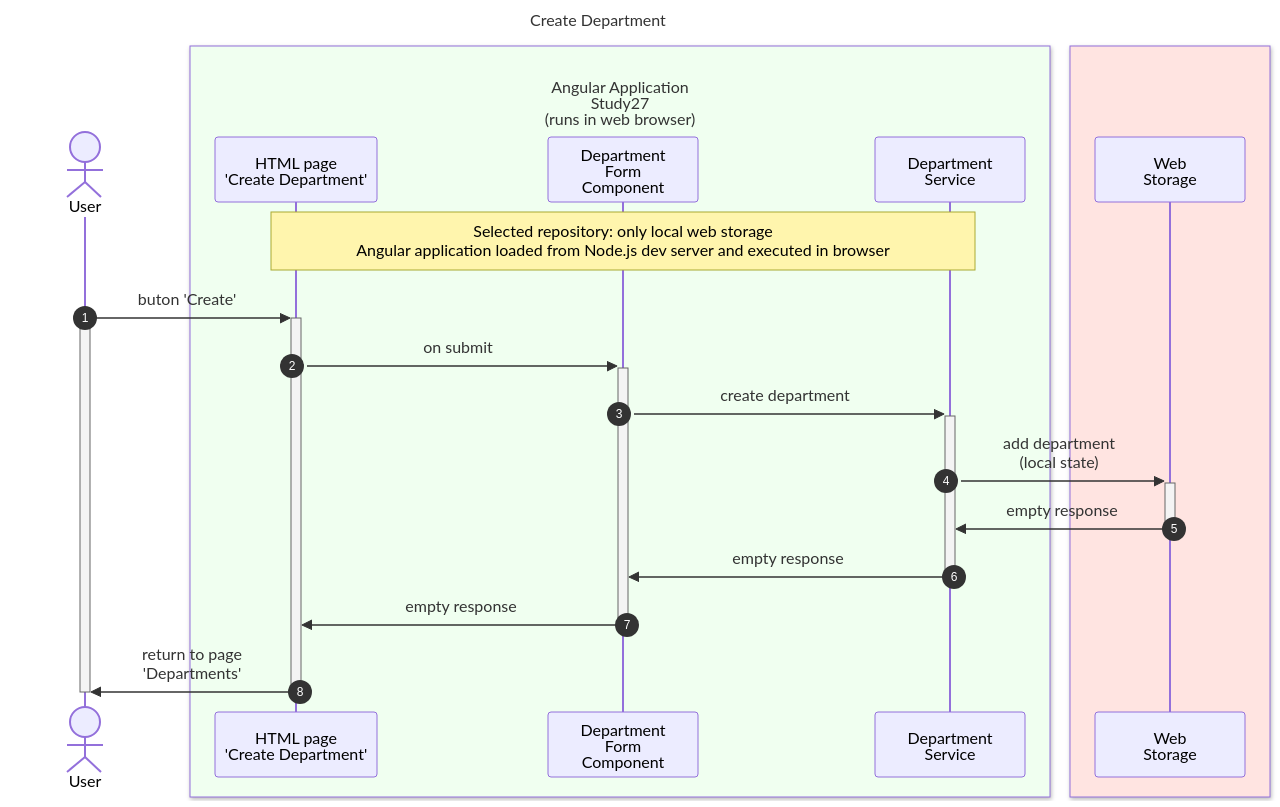
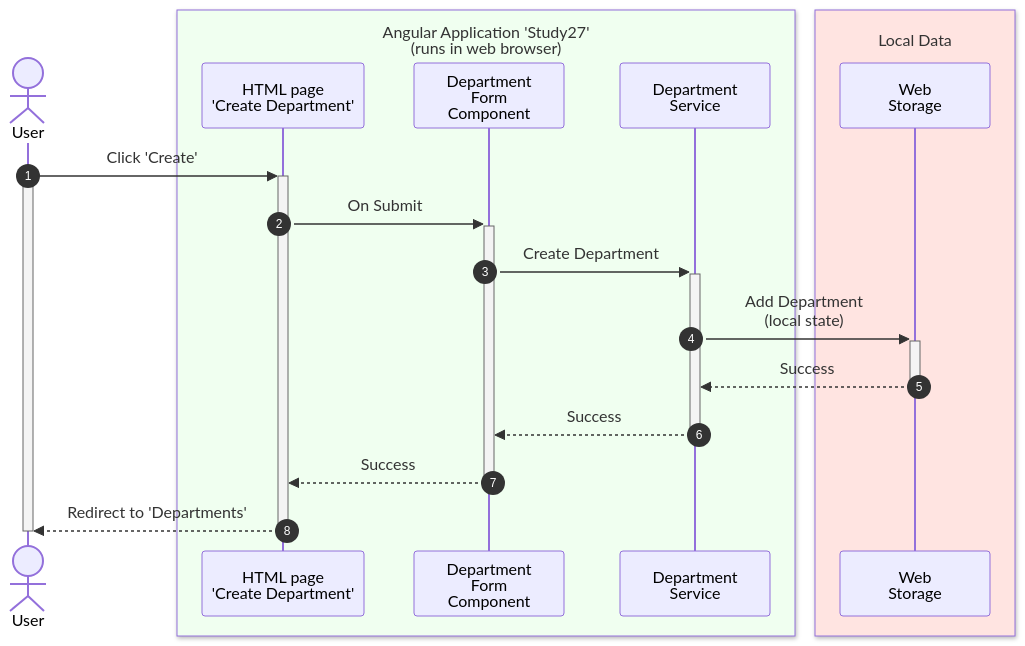
One commit to k1729p/Study27 changed the first of 2 diagrams in docs/mermaid/sequenceDiagram.md. Above: the diagram before and after it, drawn with Mermaid. The commit also changed other lines of this file and 5 other files, not shown here.

````diff
--- a/docs/mermaid/sequenceDiagram.md
+++ b/docs/mermaid/sequenceDiagram.md
@@ -1,30 +7,24 @@
 ```mermaid
----
-title: Create Department
-#config:
-#  theme: base
----
 sequenceDiagram
     actor USR as User
-    box honeydew <br>Angular Application<br>Study27<br>(runs in web browser)
+    box honeydew Angular Application 'Study27'<br>(runs in web browser)
         participant PAGE as HTML page<br>'Create Department'
         participant FRM as Department<br>Form<br>Component
         participant SRV as Department<br>Service
     end
-    box mistyrose
+    box mistyrose Local Data
         participant WST as Web<br>Storage
     end
 
     autonumber 1
-    Note over PAGE, SRV: Selected repository: only local web storage<br>Angular application loaded from Node.js dev server and executed in browser
-    USR ->>+ PAGE: buton 'Create'
+    USR ->>+ PAGE: Click 'Create'
     activate USR
-    PAGE ->>+ FRM: on submit
-    FRM ->>+ SRV: create department
-    SRV ->>+ WST: add department<br>(local state)
-    WST ->>- SRV: empty response
-    SRV ->>- FRM: empty response
-    FRM ->>- PAGE: empty response
-    PAGE ->>- USR: return to page<br>'Departments'
+    PAGE ->>+ FRM: On Submit
+    FRM ->>+ SRV: Create Department
+    SRV ->>+ WST: Add Department<br>(local state)
+    WST -->>- SRV: Success
+    SRV -->>- FRM: Success
+    FRM -->>- PAGE: Success
+    PAGE -->>- USR: Redirect to 'Departments'
     deactivate USR
 ```
````
